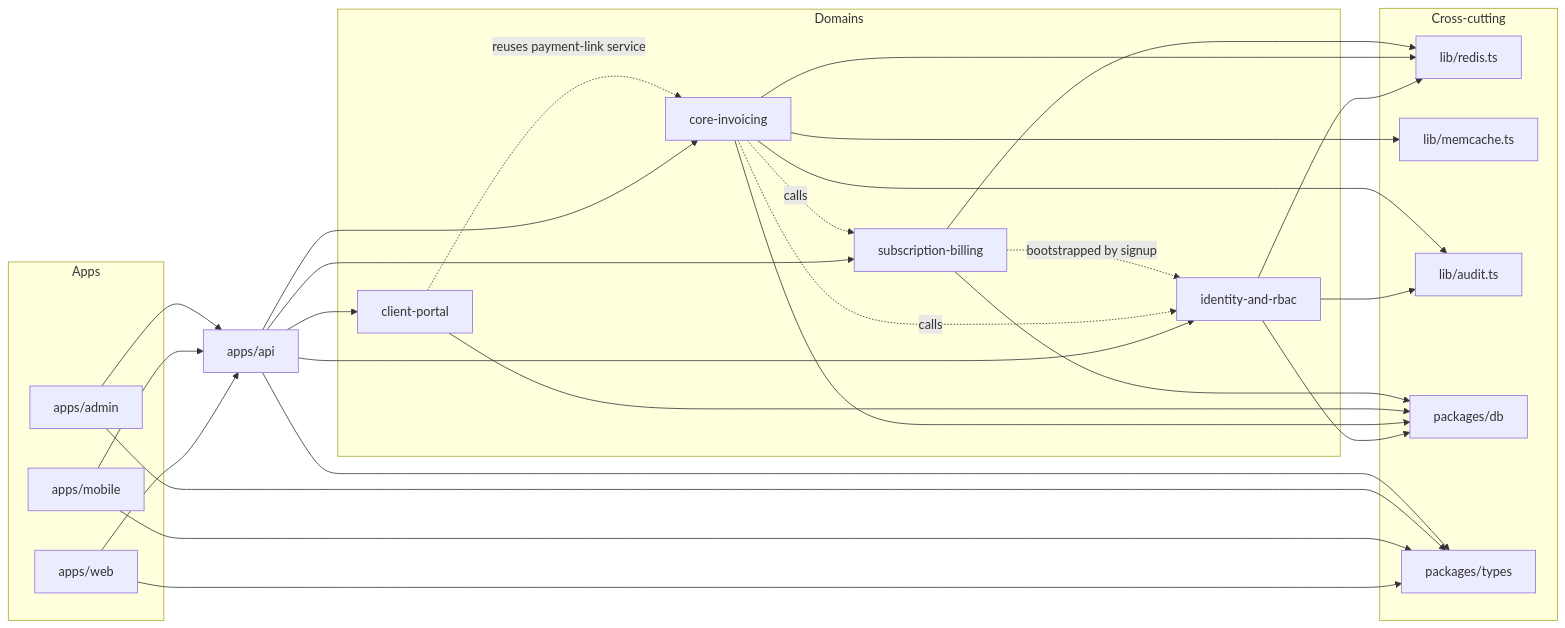
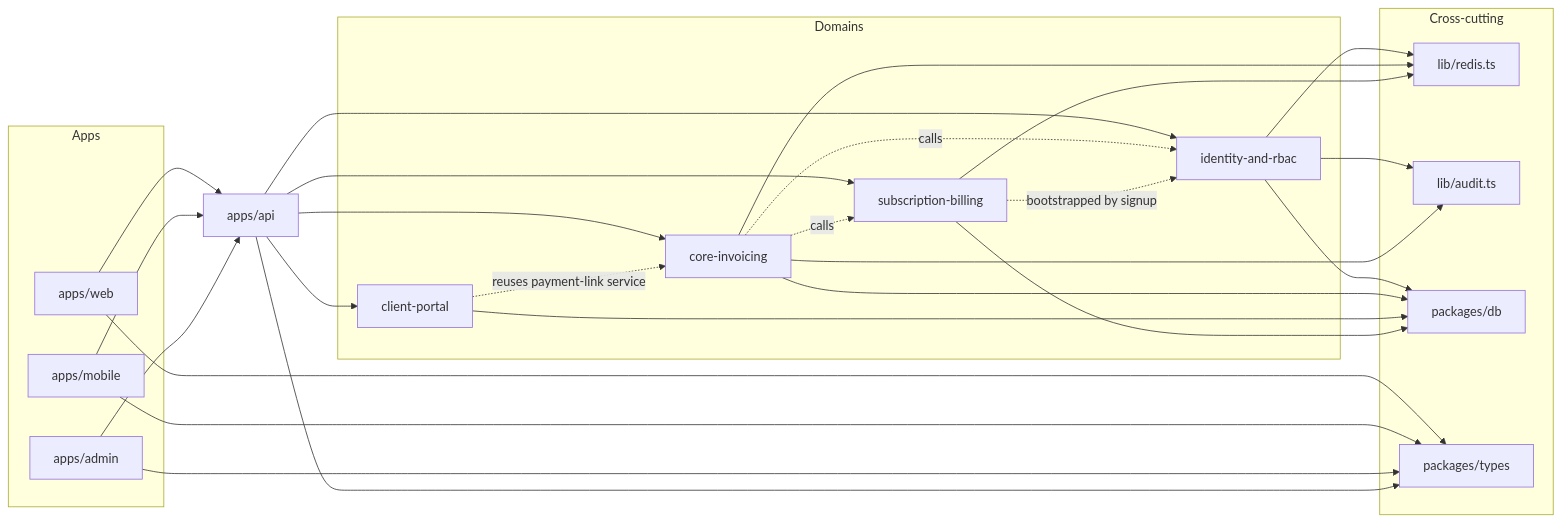
Before and after one commit to amitsangal78/invoice-sass: the diagram in .claude/graph/functionality-graph.md, drawn with Mermaid. The commit also changed other lines of this file and 41 other files, not shown here.

````diff
--- a/.claude/graph/functionality-graph.md
+++ b/.claude/graph/functionality-graph.md
@@ -7,56 +7,54 @@
 ```mermaid
 graph LR
   subgraph Apps
     web[apps/web]
     mobile[apps/mobile]
     admin[apps/admin]
   end
 
   api[apps/api]
 
   subgraph Domains
     identity[identity-and-rbac]
     invoicing[core-invoicing]
     portal[client-portal]
     billing[subscription-billing]
   end
 
   subgraph Cross-cutting
     redis[lib/redis.ts]
-    memcache[lib/memcache.ts]
     audit[lib/audit.ts]
     db[packages/db]
     types[packages/types]
   end
 
   web --> api
   mobile --> api
   admin --> api
 
   api --> identity
   api --> invoicing
   api --> portal
   api --> billing
 
   identity --> db
   invoicing --> db
   portal --> db
   billing --> db
 
   invoicing -. calls .-> billing
   invoicing -. calls .-> identity
   portal -. reuses payment-link service .-> invoicing
   billing -. bootstrapped by signup .-> identity
 
   identity --> redis
   invoicing --> redis
-  invoicing --> memcache
   billing --> redis
   identity --> audit
   invoicing --> audit
 
   web --> types
   mobile --> types
   admin --> types
   api --> types
 ```
````
